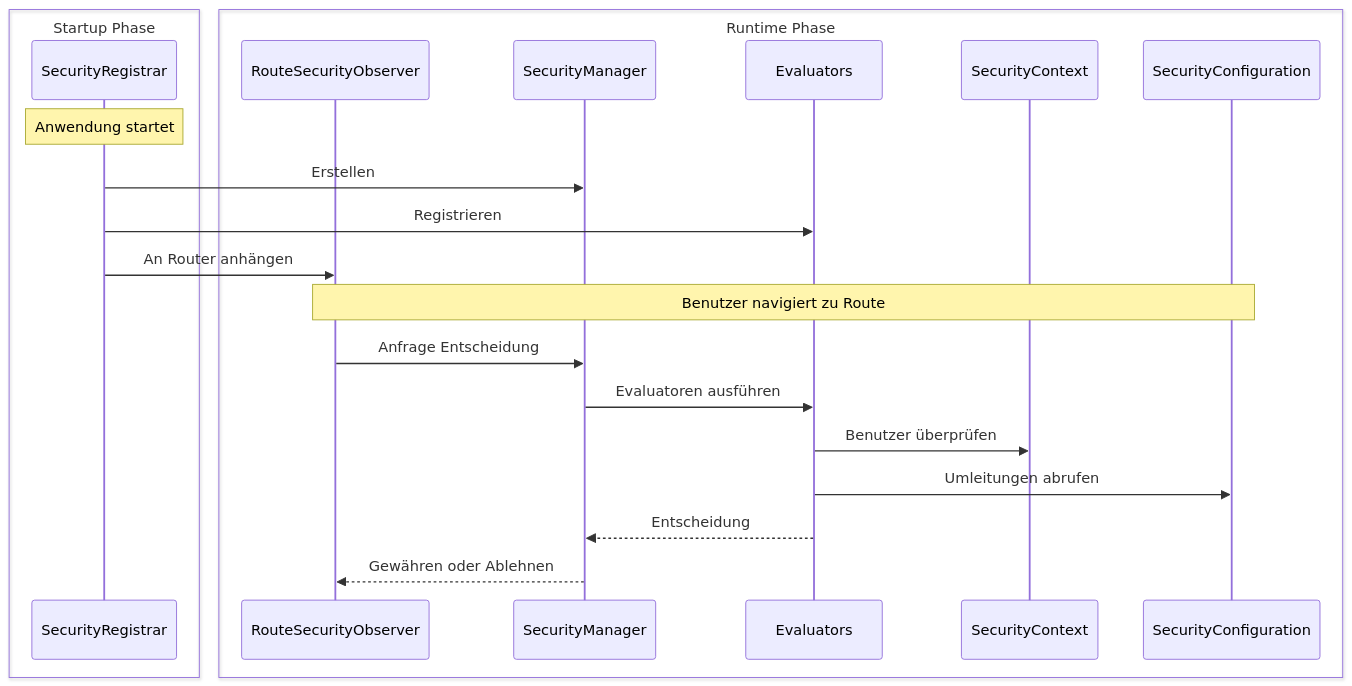
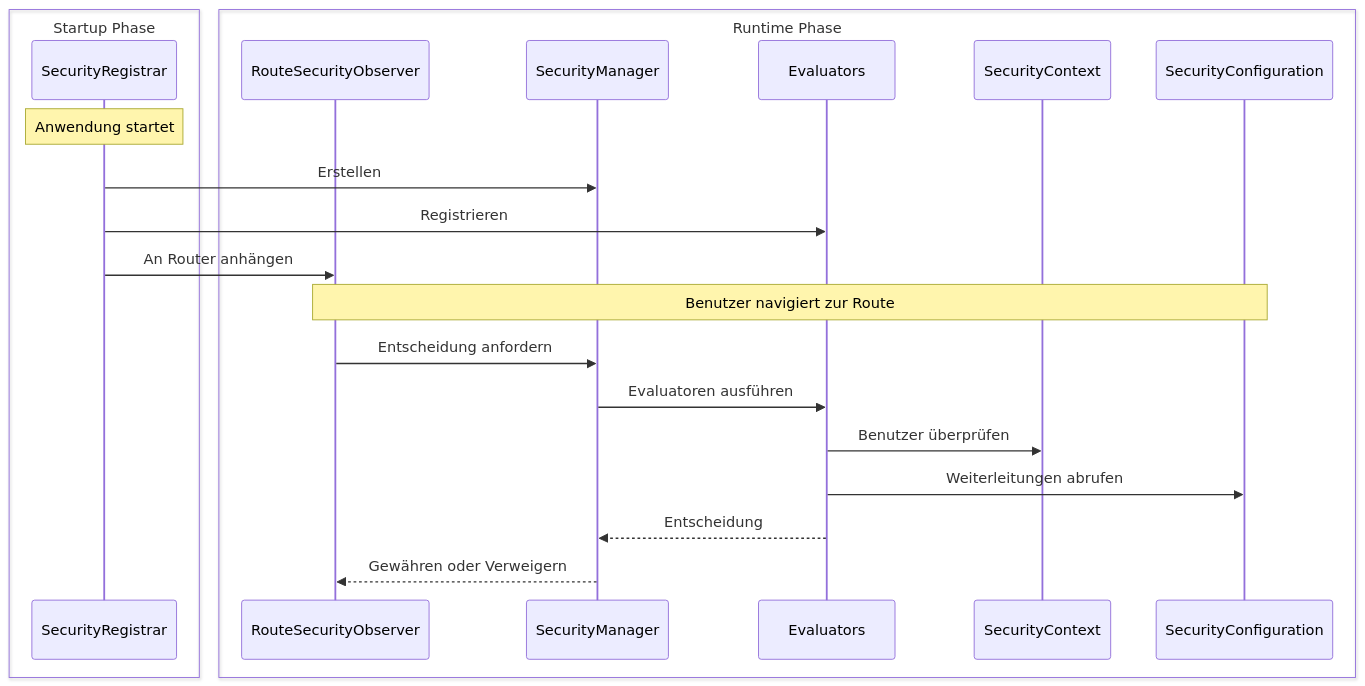
The diagram in docs/i18n/de/docusaurus-plugin-content-docs/current/security/architecture/custom-implementation.md (webforj/webforj-documentation), drawn with Mermaid before and after one commit. The commit also changed other lines of this file and 209 other files, not shown here.

````diff
--- a/docs/i18n/de/docusaurus-plugin-content-docs/current/security/architecture/custom-implementation.md
+++ b/docs/i18n/de/docusaurus-plugin-content-docs/current/security/architecture/custom-implementation.md
@@ -25,26 +25,26 @@
 ```mermaid
 sequenceDiagram
     box Startup Phase
     participant Registrar as SecurityRegistrar
     end
     box Runtime Phase
     participant Observer as RouteSecurityObserver
     participant Manager as SecurityManager
     participant Evaluators
     participant Context as SecurityContext
     participant Config as SecurityConfiguration
     end
 
     Note over Registrar: Anwendung startet
     Registrar->>Manager: Erstellen
     Registrar->>Evaluators: Registrieren
     Registrar->>Observer: An Router anhängen
 
-    Note over Observer,Config: Benutzer navigiert zu Route
-    Observer->>Manager: Anfrage Entscheidung
+    Note over Observer,Config: Benutzer navigiert zur Route
+    Observer->>Manager: Entscheidung anfordern
     Manager->>Evaluators: Evaluatoren ausführen
     Evaluators->>Context: Benutzer überprüfen
-    Evaluators->>Config: Umleitungen abrufen
+    Evaluators->>Config: Weiterleitungen abrufen
     Evaluators-->>Manager: Entscheidung
-    Manager-->>Observer: Gewähren oder Ablehnen
+    Manager-->>Observer: Gewähren oder Verweigern
 ```
````
